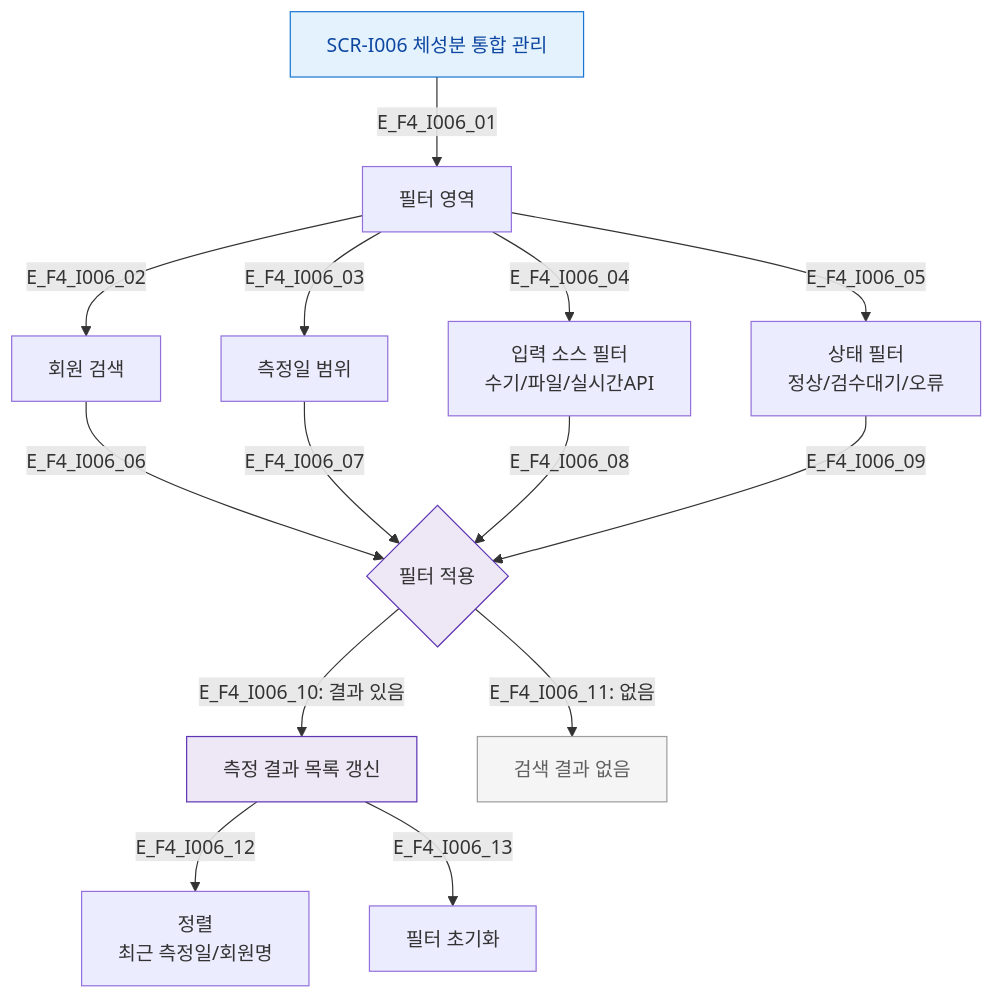
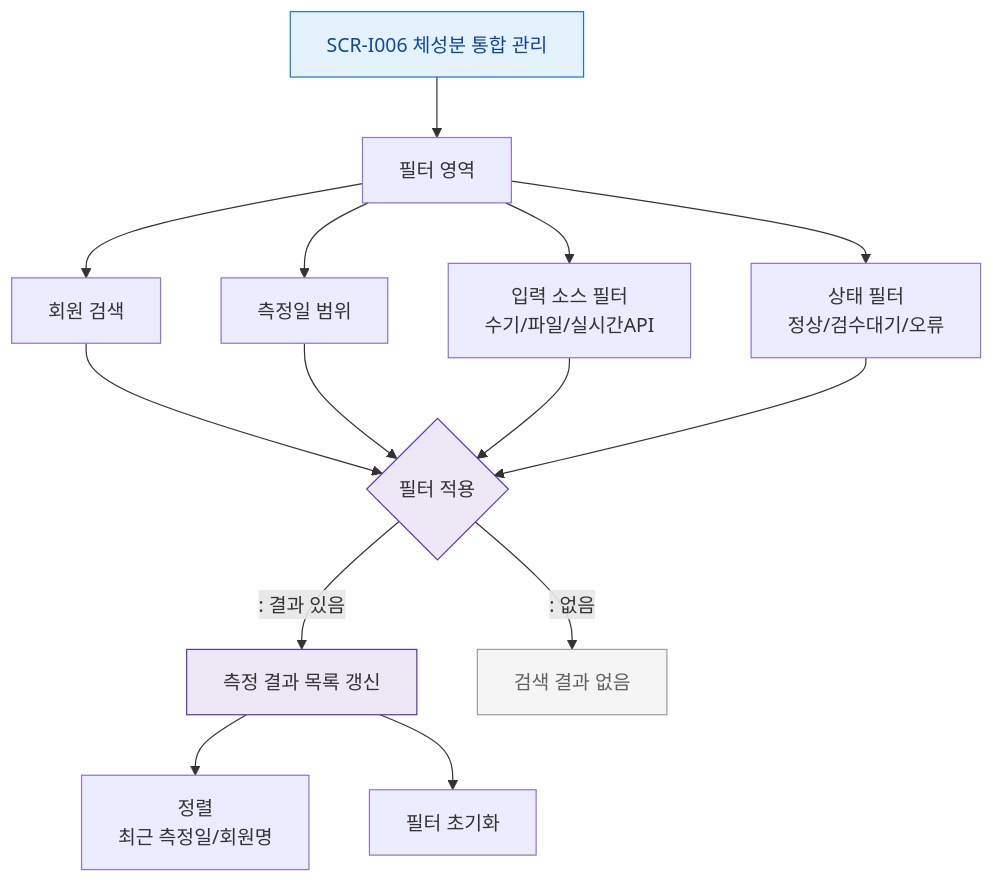
The diagram in docs/다이어그램/D11_통합운영/SCR-I006_체성분통합관리/F4_필터검색.md (dev-spogym/admin-pando), drawn with Mermaid before and after one commit. The commit also changed other lines of this file and 1660 other files, not shown here.

First line of the commit message:
다이어그램: 기획자/클라이언트 납품본으로 정리

````diff
--- a/docs/다이어그램/D11_통합운영/SCR-I006_체성분통합관리/F4_필터검색.md
+++ b/docs/다이어그램/D11_통합운영/SCR-I006_체성분통합관리/F4_필터검색.md
@@ -16,26 +14,26 @@
 ```mermaid
 flowchart TD
-    SCR_I006[SCR-I006 체성분 통합 관리] -->|E_F4_I006_01| FILTER[필터 영역]
+    SCR_I006[SCR-I006 체성분 통합 관리] --> FILTER[필터 영역]
 
-    FILTER -->|E_F4_I006_02| F_MEMBER[회원 검색]
-    FILTER -->|E_F4_I006_03| F_DATE[측정일 범위]
-    FILTER -->|E_F4_I006_04| F_SOURCE[입력 소스 필터\n수기/파일/실시간API]
-    FILTER -->|E_F4_I006_05| F_STATUS[상태 필터\n정상/검수대기/오류]
+    FILTER --> F_MEMBER[회원 검색]
+    FILTER --> F_DATE[측정일 범위]
+    FILTER --> F_SOURCE[입력 소스 필터\n수기/파일/실시간API]
+    FILTER --> F_STATUS[상태 필터\n정상/검수대기/오류]
 
-    F_MEMBER -->|E_F4_I006_06| APPLY{필터 적용}
-    F_DATE -->|E_F4_I006_07| APPLY
-    F_SOURCE -->|E_F4_I006_08| APPLY
-    F_STATUS -->|E_F4_I006_09| APPLY
+    F_MEMBER --> APPLY{필터 적용}
+    F_DATE --> APPLY
+    F_SOURCE --> APPLY
+    F_STATUS --> APPLY
 
-    APPLY -->|"E_F4_I006_10: 결과 있음"| TABLE[측정 결과 목록 갱신]
-    APPLY -->|"E_F4_I006_11: 없음"| EMPTY[검색 결과 없음]
-    TABLE -->|E_F4_I006_12| SORT[정렬\n최근 측정일/회원명]
-    TABLE -->|E_F4_I006_13| RESET[필터 초기화]
+    APPLY -->|": 결과 있음"|TABLE[측정 결과 목록 갱신]
+    APPLY -->|": 없음"|EMPTY[검색 결과 없음]
+    TABLE --> SORT[정렬\n최근 측정일/회원명]
+    TABLE --> RESET[필터 초기화]
 
-    classDef screen       fill:#E3F2FD,stroke:#1976D2,color:#0D47A1
-    classDef system       fill:#EDE7F6,stroke:#5E35B2
-    classDef rbacBlocked  fill:#F5F5F5,stroke:#9E9E9E,color:#616161
+    classDef screen fill:#E3F2FD,stroke:#1976D2,color:#0D47A1
+    classDef system fill:#EDE7F6,stroke:#5E35B2
+    classDef rbacBlocked fill:#F5F5F5,stroke:#9E9E9E,color:#616161
     class SCR_I006 screen
     class APPLY,TABLE system
     class EMPTY rbacBlocked
 ```
````
